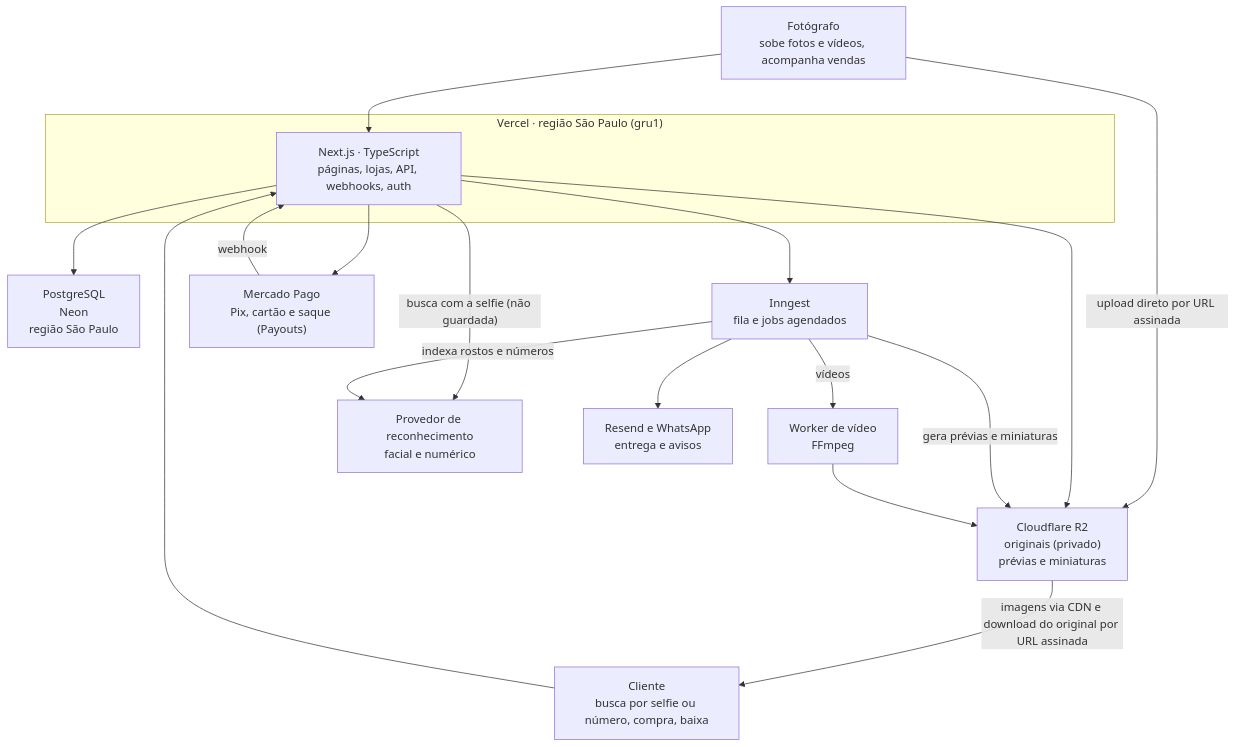
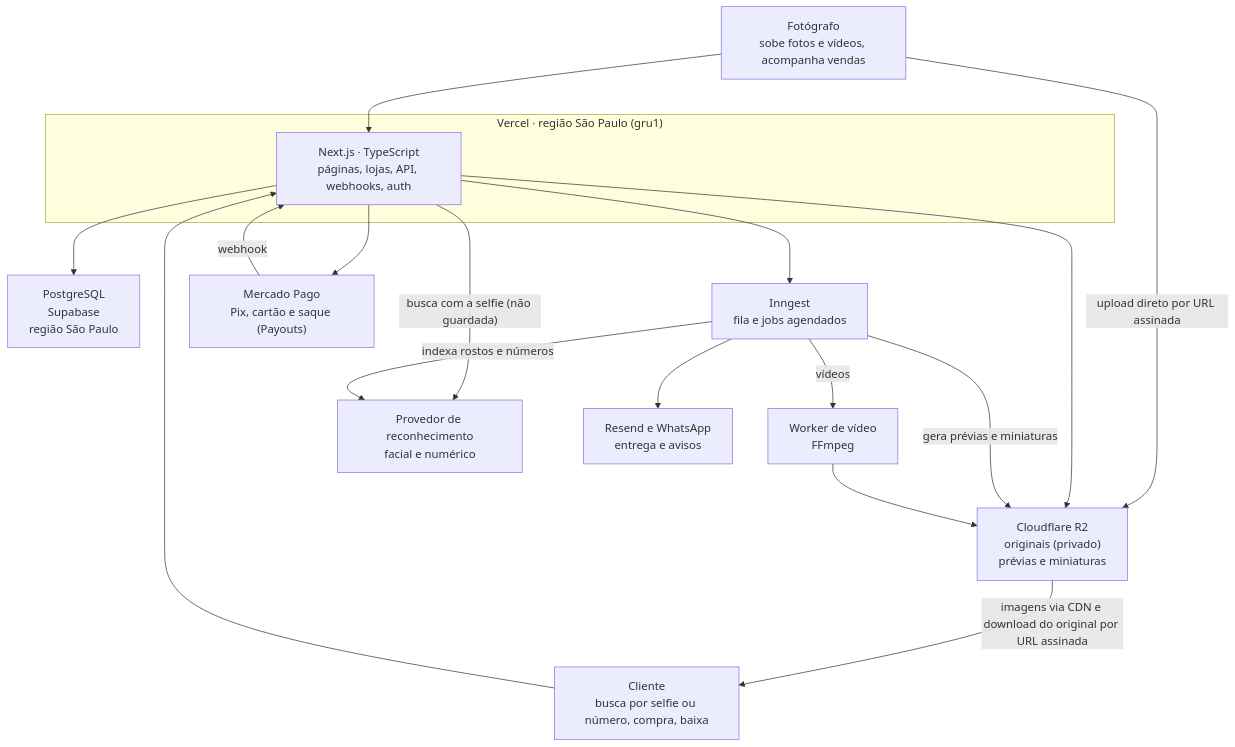
One commit to gamaral203/ClickAI changed the diagram in docs/arquitetura.md. Above: the diagram before and after it, drawn with Mermaid. The commit also changed other lines of this file and 23 other files, not shown here.

````diff
--- a/docs/arquitetura.md
+++ b/docs/arquitetura.md
@@ -59,33 +59,33 @@
 ```mermaid
 flowchart TB
     F["Fotógrafo<br/>sobe fotos e vídeos, acompanha vendas"]
     C["Cliente<br/>busca por selfie ou número, compra, baixa"]
 
     subgraph V["Vercel · região São Paulo (gru1)"]
         N["Next.js · TypeScript<br/>páginas, lojas, API, webhooks, auth"]
     end
 
     R2["Cloudflare R2<br/>originais (privado)<br/>prévias e miniaturas"]
-    DB["PostgreSQL<br/>Neon<br/>região São Paulo"]
+    DB["PostgreSQL<br/>Supabase<br/>região São Paulo"]
     I["Inngest<br/>fila e jobs agendados"]
     W["Worker de vídeo<br/>FFmpeg"]
     RF["Provedor de reconhecimento<br/>facial e numérico"]
     G["Mercado Pago<br/>Pix, cartão e saque (Payouts)"]
     M["Resend e WhatsApp<br/>entrega e avisos"]
 
     F --> N
     F -- "upload direto por URL assinada" --> R2
     C --> N
     N --> R2
     N --> DB
     N --> I
     N -- "busca com a selfie (não guardada)" --> RF
     N --> G
     G -- webhook --> N
     I -- "gera prévias e miniaturas" --> R2
     I -- "vídeos" --> W
     W --> R2
     I -- "indexa rostos e números" --> RF
     I --> M
     R2 -- "imagens via CDN e download do original por URL assinada" --> C
 ```
````
